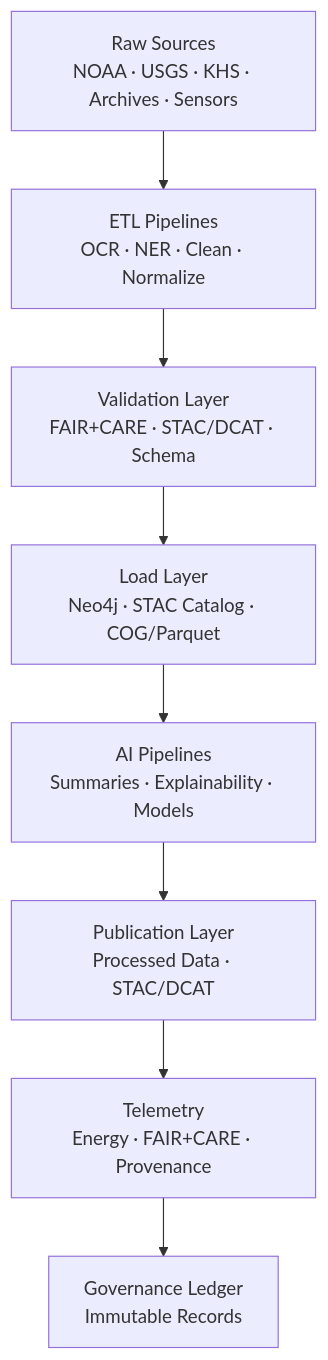
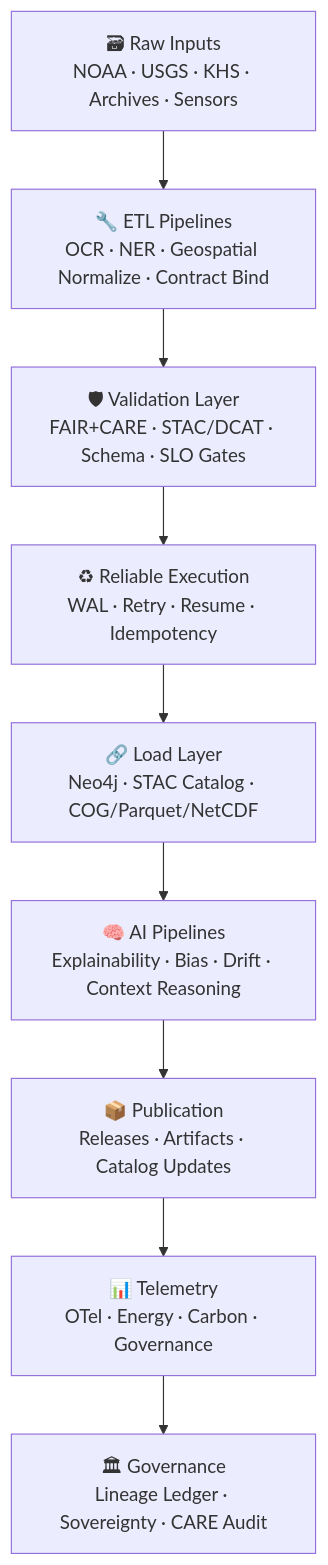
The diagram in src/pipelines/architecture/README.md (bartytime4life/Kansas-Frontier-Matrix), drawn with Mermaid before and after one commit. The commit also changed other lines of this file, not shown here.

````diff
--- a/src/pipelines/architecture/README.md
+++ b/src/pipelines/architecture/README.md
@@ -88,11 +121,12 @@
-~~~~~mermaid
+```mermaid
 flowchart TD
-  RAW["Raw Sources<br/>NOAA · USGS · KHS · Archives · Sensors"]
-    --> ETL["ETL Pipelines<br/>OCR · NER · Clean · Normalize"]
-  ETL --> VAL["Validation Layer<br/>FAIR+CARE · STAC/DCAT · Schema"]
-  VAL --> LOAD["Load Layer<br/>Neo4j · STAC Catalog · COG/Parquet"]
-  LOAD --> AI["AI Pipelines<br/>Summaries · Explainability · Models"]
-  AI --> PUB["Publication Layer<br/>Processed Data · STAC/DCAT"]
-  PUB --> TEL["Telemetry<br/>Energy · FAIR+CARE · Provenance"]
-  TEL --> GOV["Governance Ledger<br/>Immutable Records"]
-~~~~~
+  RAW["🗃 Raw Inputs<br/>NOAA · USGS · KHS · Archives · Sensors"]
+    --> ETL["🔧 ETL Pipelines<br/>OCR · NER · Geospatial Normalize · Contract Bind"]
+  ETL --> VAL["🛡 Validation Layer<br/>FAIR+CARE · STAC/DCAT · Schema · SLO Gates"]
+  VAL --> REL["♻ Reliable Execution<br/>WAL · Retry · Resume · Idempotency"]
+  REL --> LOAD["🔗 Load Layer<br/>Neo4j · STAC Catalog · COG/Parquet/NetCDF"]
+  LOAD --> AI["🧠 AI Pipelines<br/>Explainability · Bias · Drift · Context Reasoning"]
+  AI --> PUB["📦 Publication<br/>Releases · Artifacts · Catalog Updates"]
+  PUB --> TEL["📊 Telemetry<br/>OTel · Energy · Carbon · Governance"]
+  TEL --> GOV["🏛 Governance<br/>Lineage Ledger · Sovereignty · CARE Audit"]
+```
````
